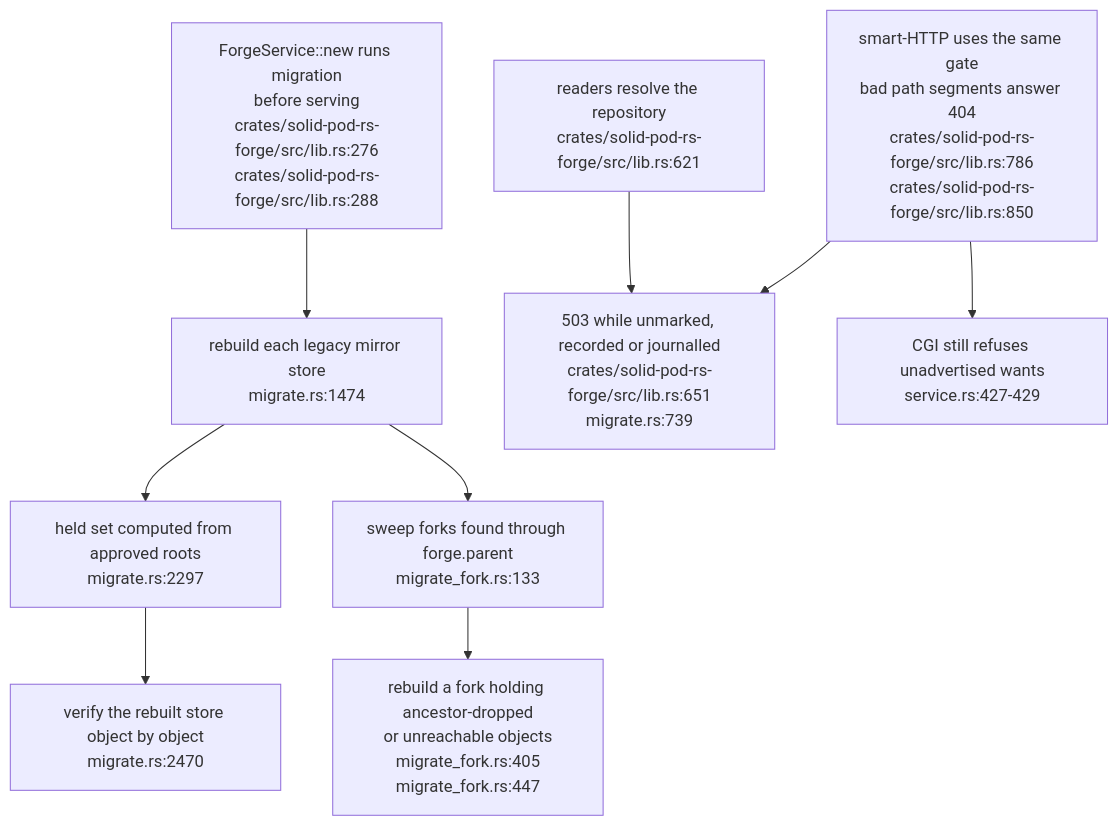
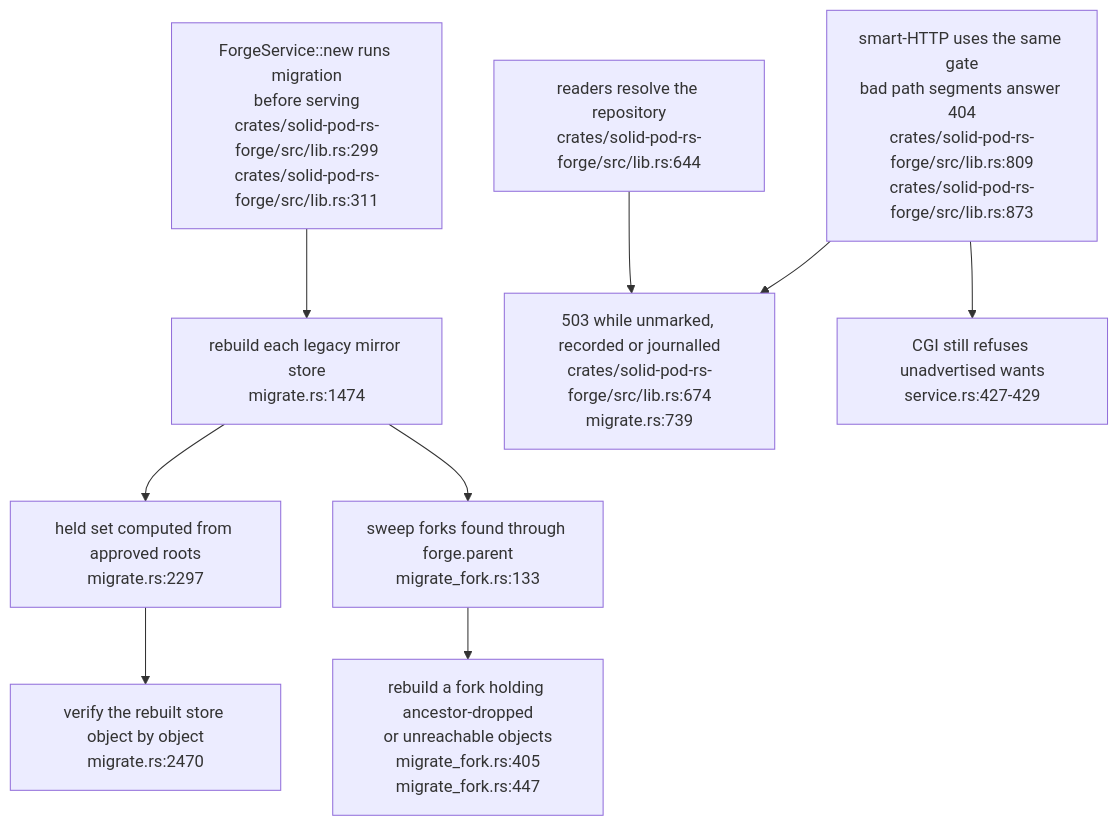
Before and after one commit to DreamLab-AI/VisionFlow: the fourth of 4 diagrams in docs/diagrams/solid-pod-rs/14-git-export-boundaries.md, drawn with Mermaid. The commit also changed other lines of this file and 1 other file, not shown here.

First line of the commit message:
docs(diagrams): SP-08, SP-14 re-verified at solid-pod-rs a28a748

````diff
--- a/docs/diagrams/solid-pod-rs/14-git-export-boundaries.md
+++ b/docs/diagrams/solid-pod-rs/14-git-export-boundaries.md
@@ -82,18 +84,18 @@
 ```mermaid
 flowchart TD
-    BOOT["ForgeService::new runs migration<br/>before serving<br/>crates/solid-pod-rs-forge/src/lib.rs:276<br/>crates/solid-pod-rs-forge/src/lib.rs:288"]
+    BOOT["ForgeService::new runs migration<br/>before serving<br/>crates/solid-pod-rs-forge/src/lib.rs:299<br/>crates/solid-pod-rs-forge/src/lib.rs:311"]
     MIG["rebuild each legacy mirror store<br/>migrate.rs:1474"]
     HSET["held set computed from approved roots<br/>migrate.rs:2297"]
     VERIFY["verify the rebuilt store object by object<br/>migrate.rs:2470"]
     FORK["sweep forks found through forge.parent<br/>migrate_fork.rs:133"]
     FTRIG["rebuild a fork holding ancestor-dropped<br/>or unreachable objects<br/>migrate_fork.rs:405<br/>migrate_fork.rs:447"]
-    RESOLVE["readers resolve the repository<br/>crates/solid-pod-rs-forge/src/lib.rs:621"]
-    GATE["503 while unmarked, recorded or journalled<br/>crates/solid-pod-rs-forge/src/lib.rs:651<br/>migrate.rs:739"]
-    SMART["smart-HTTP uses the same gate<br/>bad path segments answer 404<br/>crates/solid-pod-rs-forge/src/lib.rs:786<br/>crates/solid-pod-rs-forge/src/lib.rs:850"]
+    RESOLVE["readers resolve the repository<br/>crates/solid-pod-rs-forge/src/lib.rs:644"]
+    GATE["503 while unmarked, recorded or journalled<br/>crates/solid-pod-rs-forge/src/lib.rs:674<br/>migrate.rs:739"]
+    SMART["smart-HTTP uses the same gate<br/>bad path segments answer 404<br/>crates/solid-pod-rs-forge/src/lib.rs:809<br/>crates/solid-pod-rs-forge/src/lib.rs:873"]
     CGI["CGI still refuses unadvertised wants<br/>service.rs:427-429"]
     BOOT --> MIG --> HSET --> VERIFY
     MIG --> FORK --> FTRIG
     RESOLVE --> GATE
     SMART --> GATE
     SMART --> CGI
 ```
````
